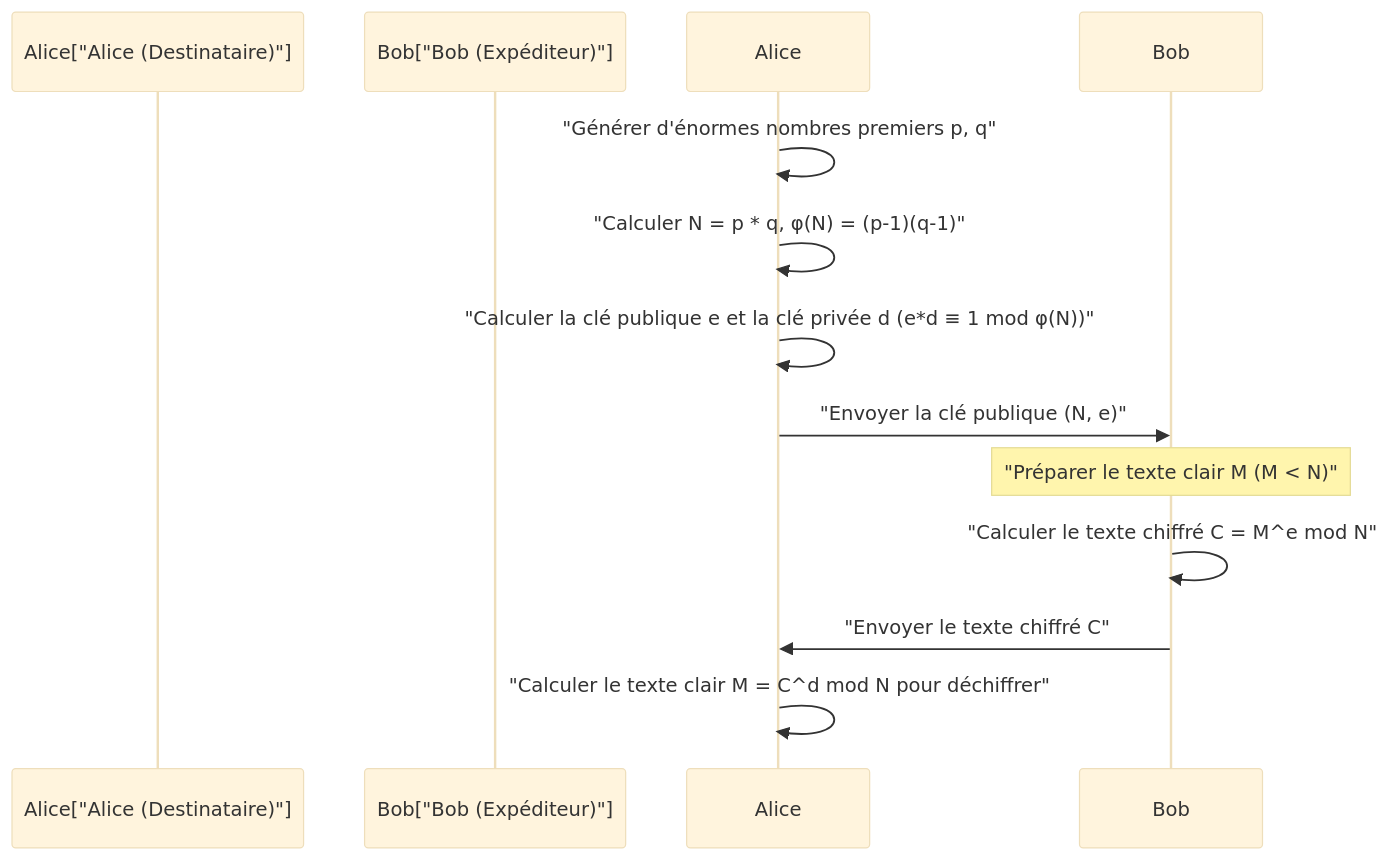
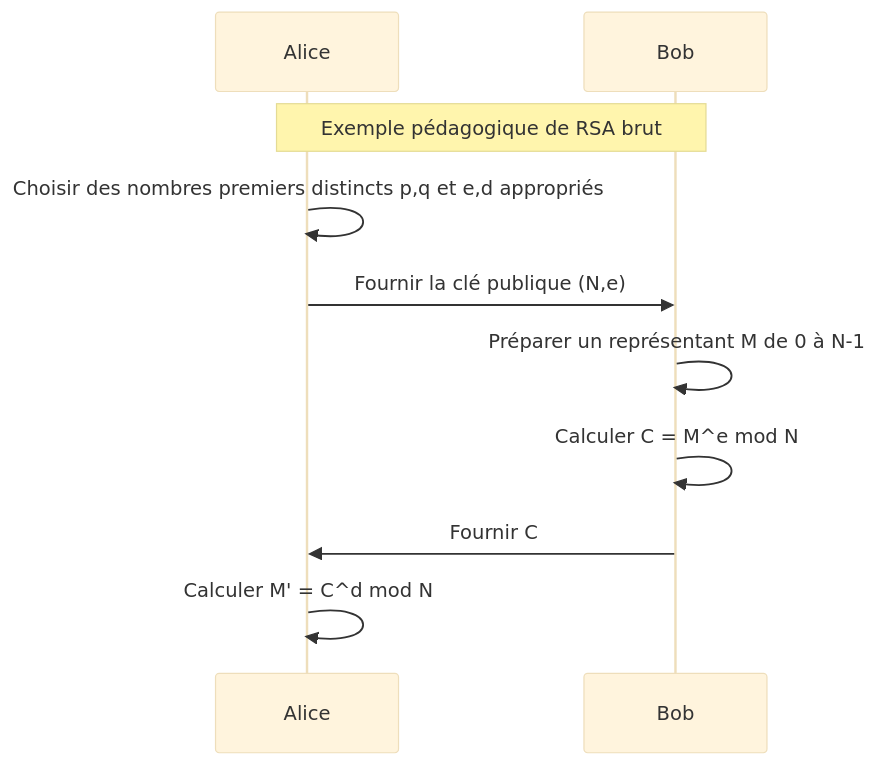
Before and after one commit to kenjinote/blog: the second of 2 diagrams in content/post/フェルマーの小定理と暗号化/index.fr.md, drawn with Mermaid (base theme). The commit also changed other lines of this file and 5 other files, not shown here.

````diff
--- a/content/post/フェルマーの小定理と暗号化/index.fr.md
+++ b/content/post/フェルマーの小定理と暗号化/index.fr.md
@@ -295,14 +210,12 @@
 ```mermaid
 sequenceDiagram
-    participant Alice["Alice (Destinataire)"]
-    participant Bob["Bob (Expéditeur)"]
-    
-    Alice->>Alice: "Générer d'énormes nombres premiers p, q"
-    Alice->>Alice: "Calculer N = p * q, φ(N) = (p-1)(q-1)"
-    Alice->>Alice: "Calculer la clé publique e et la clé privée d (e*d ≡ 1 mod φ(N))"
-    Alice->>Bob: "Envoyer la clé publique (N, e)"
-    Note over Bob: "Préparer le texte clair M (M < N)"
-    Bob->>Bob: "Calculer le texte chiffré C = M^e mod N"
-    Bob->>Alice: "Envoyer le texte chiffré C"
-    Alice->>Alice: "Calculer le texte clair M = C^d mod N pour déchiffrer"
+    participant Alice as Alice
+    participant Bob as Bob
+    Note over Alice,Bob: Exemple pédagogique de RSA brut
+    Alice->>Alice: Choisir des nombres premiers distincts p,q et e,d appropriés
+    Alice->>Bob: Fournir la clé publique (N,e)
+    Bob->>Bob: Préparer un représentant M de 0 à N-1
+    Bob->>Bob: Calculer C = M^e mod N
+    Bob->>Alice: Fournir C
+    Alice->>Alice: Calculer M' = C^d mod N
 ```
````
